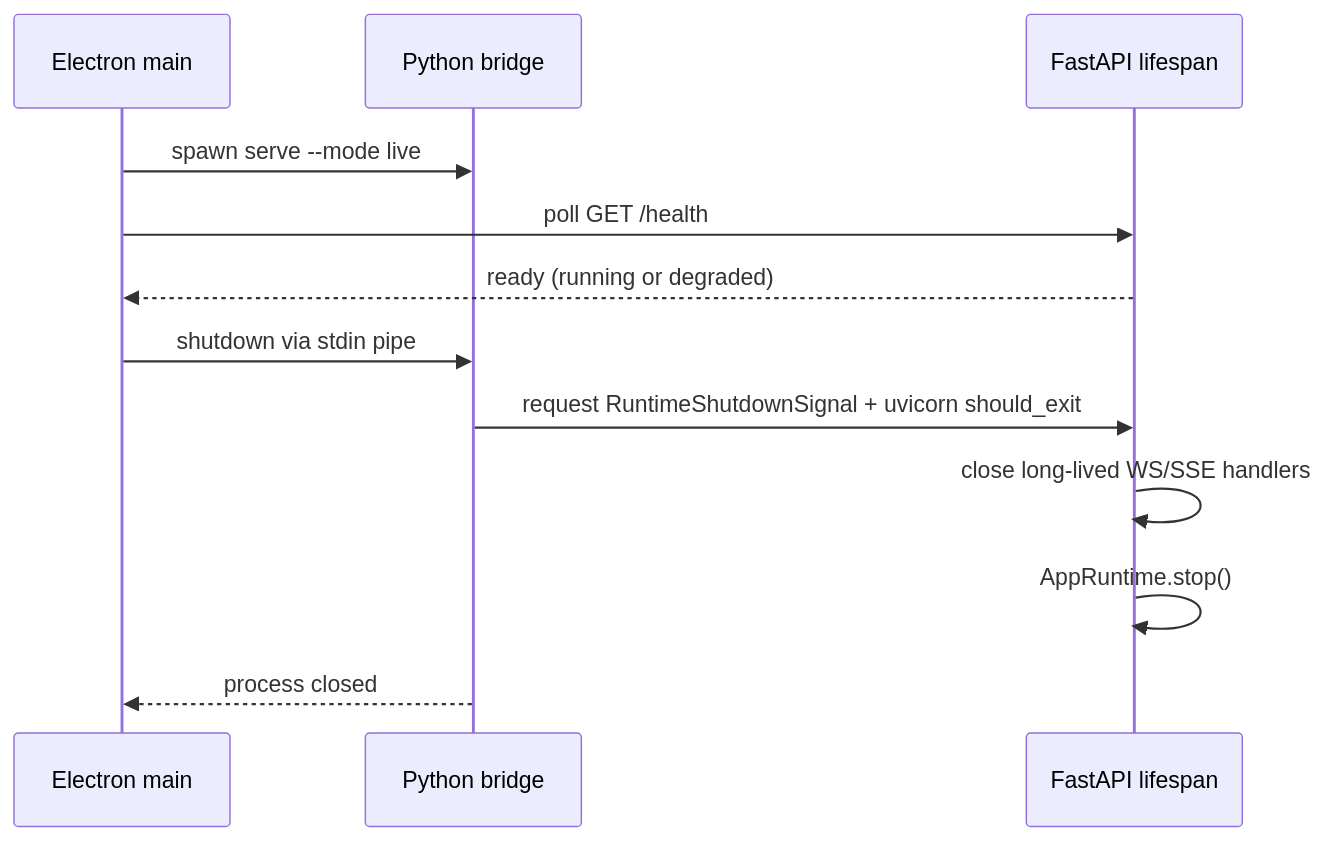
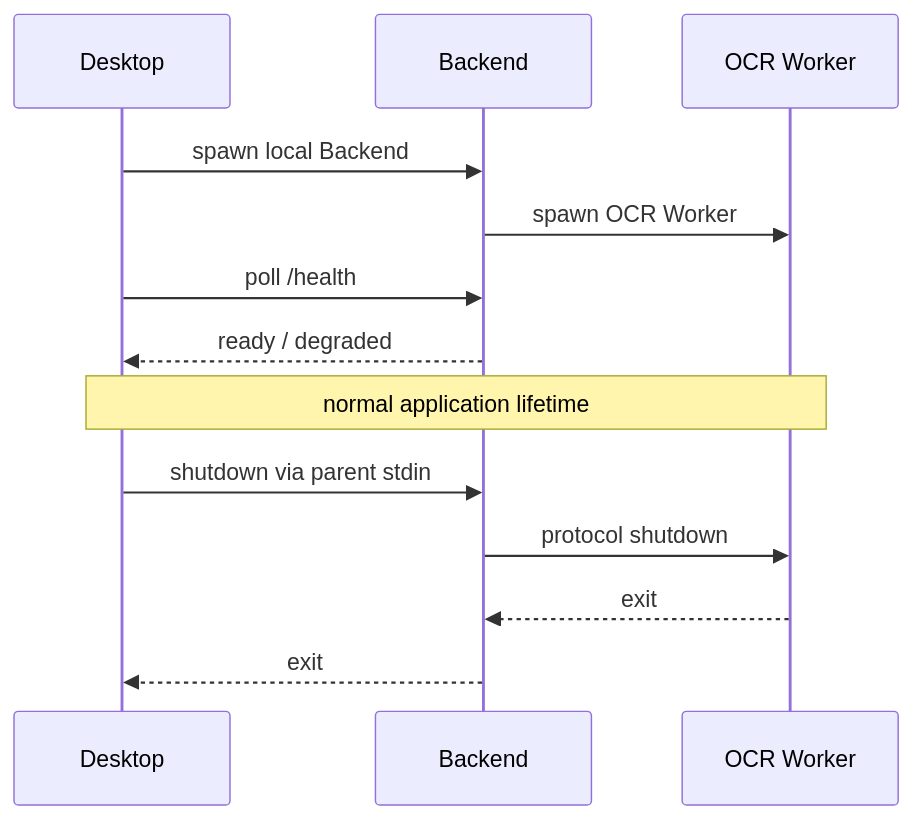
Before and after one commit to PatrykCieszynski/ZML: the sixth of 8 diagrams in docs/architecture.md, drawn with Mermaid. The commit also changed other lines of this file and 1398 other files, not shown here.

First line of the commit message:
refactor: split OCR into standalone worker process (#47)

````diff
--- a/docs/architecture.md
+++ b/docs/architecture.md
@@ -189,14 +222,16 @@
 ```mermaid
 sequenceDiagram
-    participant Electron as Electron main
-    participant Bridge as Python bridge
-    participant API as FastAPI lifespan
-    Electron->>Bridge: spawn serve --mode live
-    Electron->>API: poll GET /health
-    API-->>Electron: ready (running or degraded)
-    Electron->>Bridge: shutdown via stdin pipe
-    Bridge->>API: request RuntimeShutdownSignal + uvicorn should_exit
-    API->>API: close long-lived WS/SSE handlers
-    API->>API: AppRuntime.stop()
-    Bridge-->>Electron: process closed
+    participant D as Desktop
+    participant B as Backend
+    participant W as OCR Worker
+
+    D->>B: spawn local Backend
+    B->>W: spawn OCR Worker
+    D->>B: poll /health
+    B-->>D: ready / degraded
+    Note over D,W: normal application lifetime
+    D->>B: shutdown via parent stdin
+    B->>W: protocol shutdown
+    W-->>B: exit
+    B-->>D: exit
 ```
````
